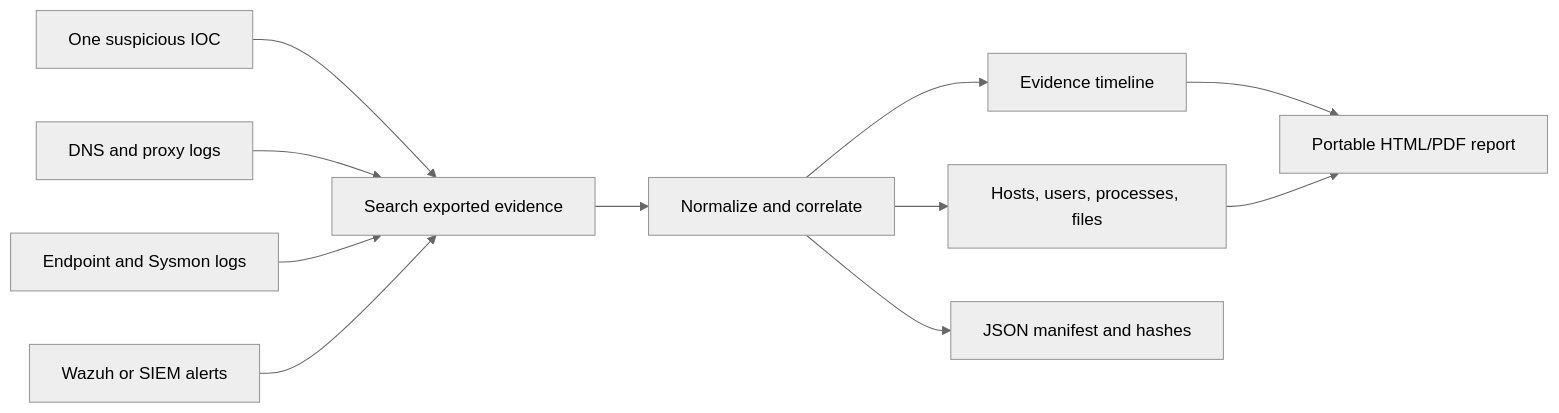
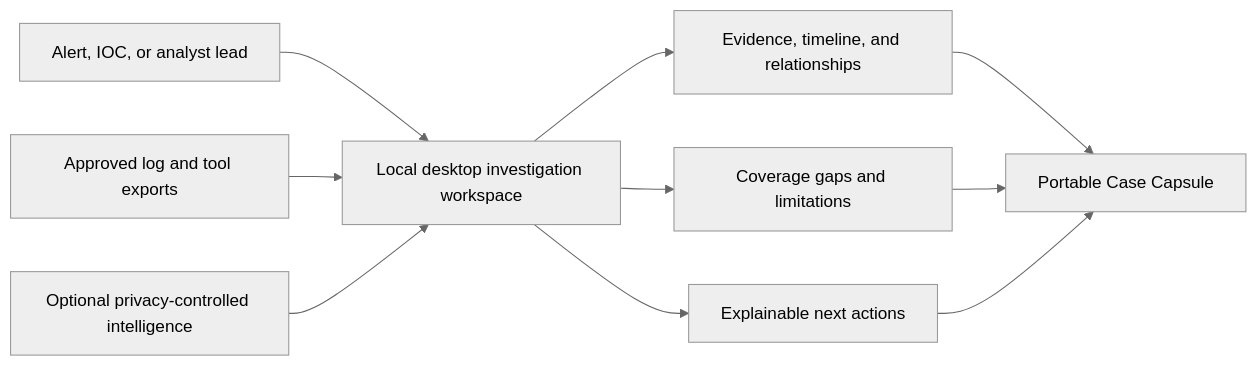
The diagram in README.md (saltyma/ioc-evidence-packager), drawn with Mermaid (neutral theme) before and after one commit. The commit also changed other lines of this file and 22 other files, not shown here.

````diff
--- a/README.md
+++ b/README.md
@@ -13,13 +20,12 @@
 ```mermaid
 flowchart LR
-    A["One suspicious IOC"] --> B["Search exported evidence"]
-    C1["DNS and proxy logs"] --> B
-    C2["Endpoint and Sysmon logs"] --> B
-    C3["Wazuh or SIEM alerts"] --> B
-    B --> D["Normalize and correlate"]
-    D --> E["Evidence timeline"]
-    D --> F["Hosts, users, processes, files"]
-    E --> G["Portable HTML/PDF report"]
-    F --> G
-    D --> H["JSON manifest and hashes"]
+    Lead["Alert, IOC, or analyst lead"] --> App["Local desktop investigation workspace"]
+    Logs["Approved log and tool exports"] --> App
+    Intel["Optional privacy-controlled intelligence"] --> App
+    App --> Evidence["Evidence, timeline, and relationships"]
+    App --> Coverage["Coverage gaps and limitations"]
+    App --> Actions["Explainable next actions"]
+    Evidence --> Capsule["Portable Case Capsule"]
+    Coverage --> Capsule
+    Actions --> Capsule
 ```
````
